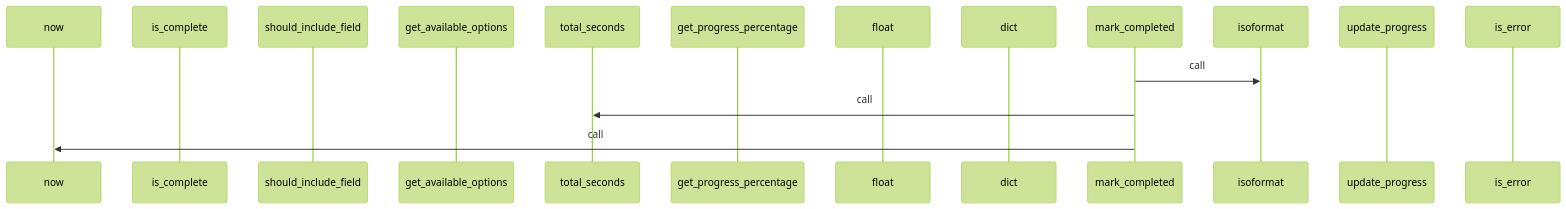
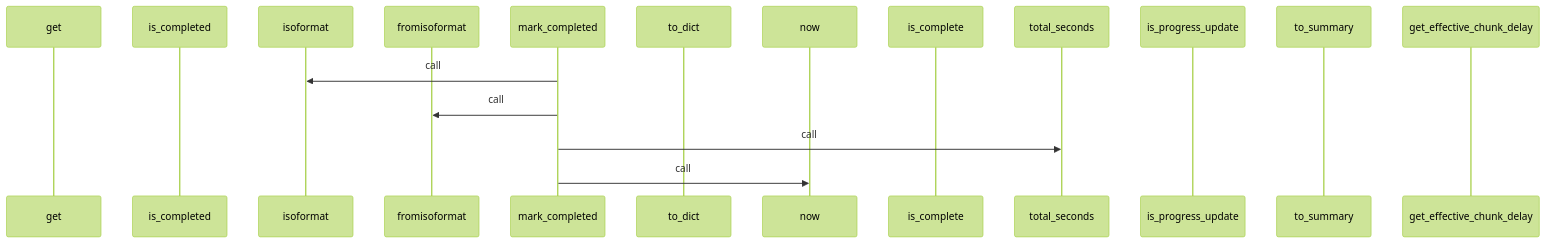
One commit to yeonjae-personal/codemuse-backend changed the third of 4 diagrams in generated_docs/rule_analyzer/streaming/stream_models.md. Above: the diagram before and after it, drawn with Mermaid (forest theme). The commit also changed other lines of this file and 3991 other files, not shown here.

First line of the commit message:
feat: 워크플로우 개선 및 핵심 문서 자동 생성 구현

````diff
--- a/generated_docs/rule_analyzer/streaming/stream_models.md
+++ b/generated_docs/rule_analyzer/streaming/stream_models.md
@@ -476,18 +476,19 @@
 ```mermaid
 sequenceDiagram
+  participant get as get
+  participant is_completed as is_completed
+  participant isoformat as isoformat
+  participant fromisoformat as fromisoformat
+  participant mark_completed as mark_completed
+  participant to_dict as to_dict
   participant now as now
   participant is_complete as is_complete
-  participant should_include_field as should_include_field
-  participant get_available_options as get_available_options
   participant total_seconds as total_seconds
-  participant get_progress_percentage as get_progress_percentage
-  participant float as float
-  participant dict as dict
-  participant mark_completed as mark_completed
-  participant isoformat as isoformat
-  participant update_progress as update_progress
-  participant is_error as is_error
+  participant is_progress_update as is_progress_update
+  participant to_summary as to_summary
+  participant get_effective_chunk_dela as get_effective_chunk_delay
   mark_completed->>isoformat: call
+  mark_completed->>fromisoformat: call
   mark_completed->>total_seconds: call
   mark_completed->>now: call
 ```
````
